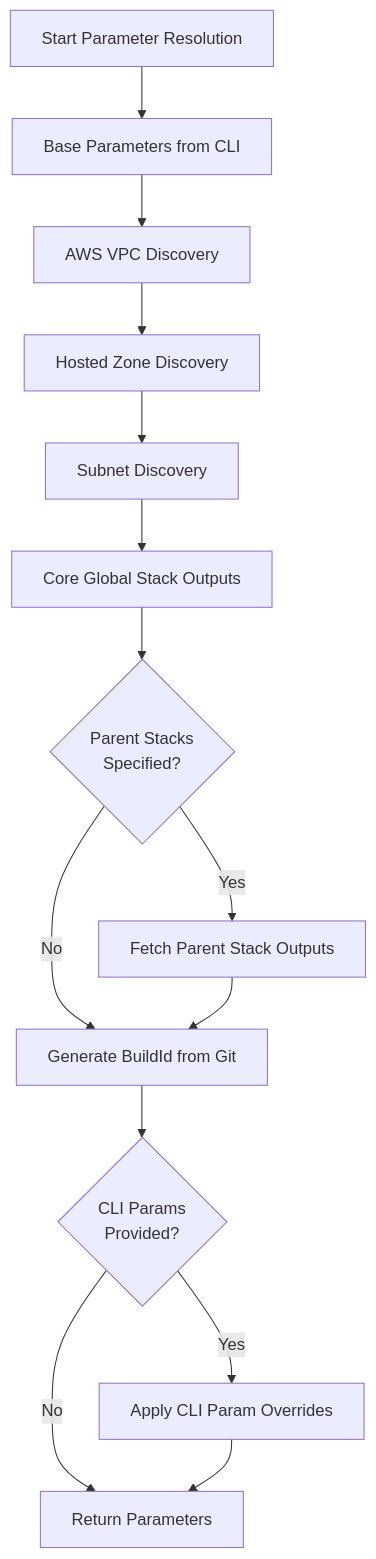
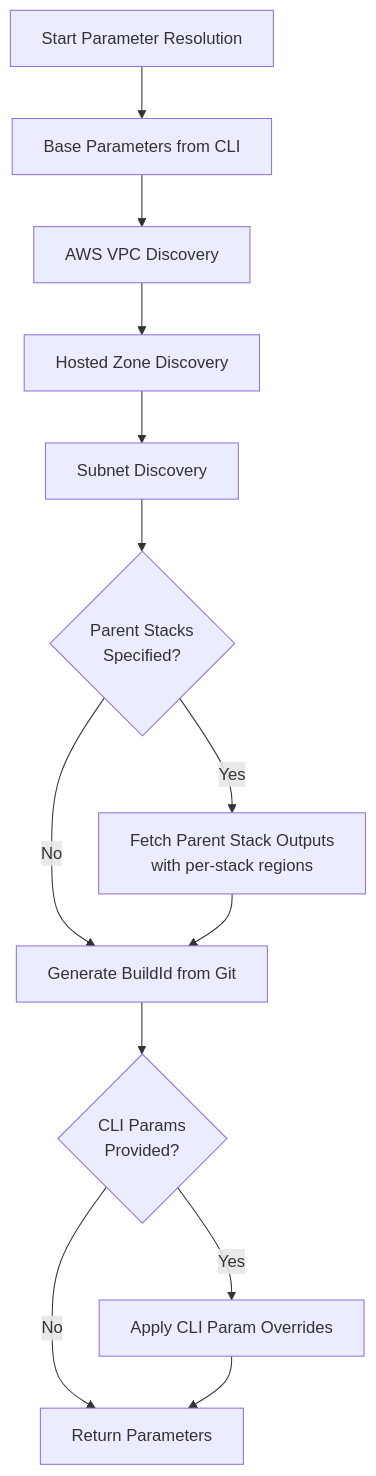
Before and after one commit to alpha-prosoft/cbd-jenkins-pipeline: the first of 3 diagrams in shared/README.md, drawn with Mermaid. The commit also changed other lines of this file and 2 other files, not shown here.

````diff
--- a/shared/README.md
+++ b/shared/README.md
@@ -44,16 +44,15 @@
 ```mermaid
 flowchart TD
     Start[Start Parameter Resolution] --> Base[Base Parameters from CLI]
     Base --> VPC[AWS VPC Discovery]
     VPC --> HZ[Hosted Zone Discovery]
     HZ --> Subnet[Subnet Discovery]
-    Subnet --> CoreStack[Core Global Stack Outputs]
-    CoreStack --> ParentStacks{Parent Stacks<br/>Specified?}
-    ParentStacks -->|Yes| FetchParent[Fetch Parent Stack Outputs]
+    Subnet --> ParentStacks{Parent Stacks<br/>Specified?}
+    ParentStacks -->|Yes| FetchParent[Fetch Parent Stack Outputs<br/>with per-stack regions]
     ParentStacks -->|No| BuildId[Generate BuildId from Git]
     FetchParent --> BuildId
     BuildId --> CLIOverride{CLI Params<br/>Provided?}
     CLIOverride -->|Yes| Override[Apply CLI Param Overrides]
     CLIOverride -->|No| Done[Return Parameters]
     Override --> Done
 ```
````
